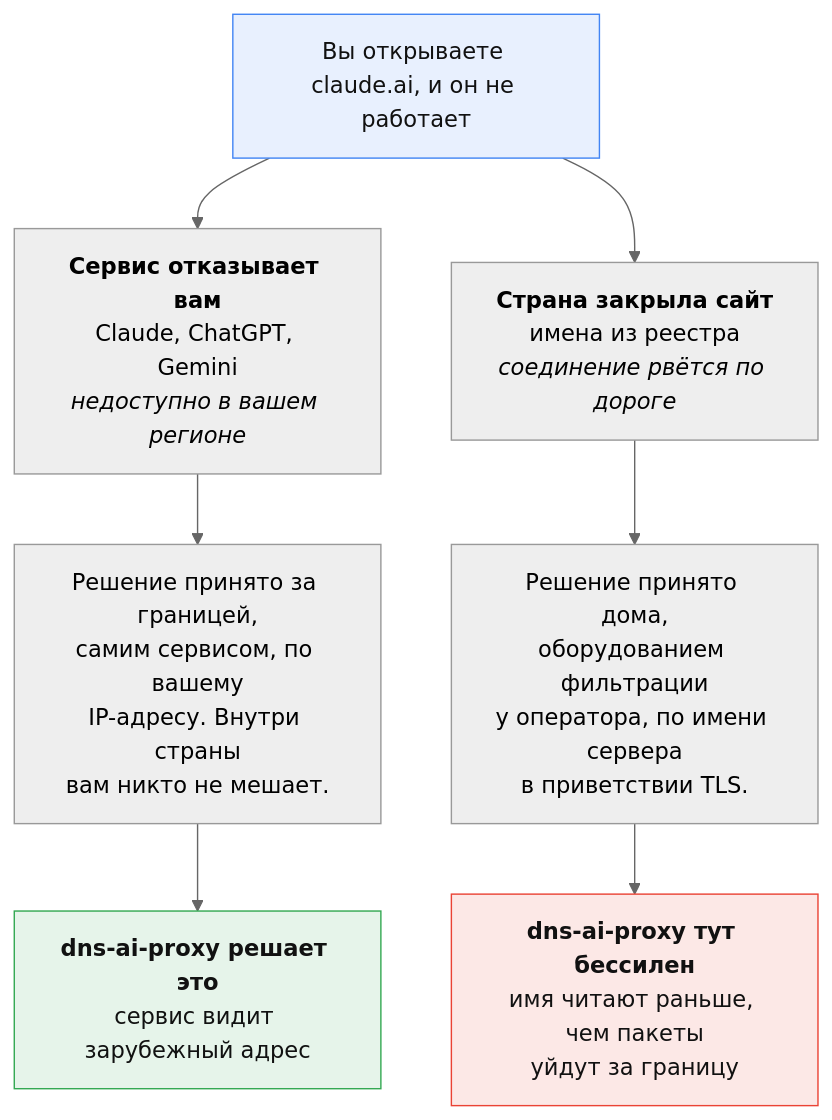
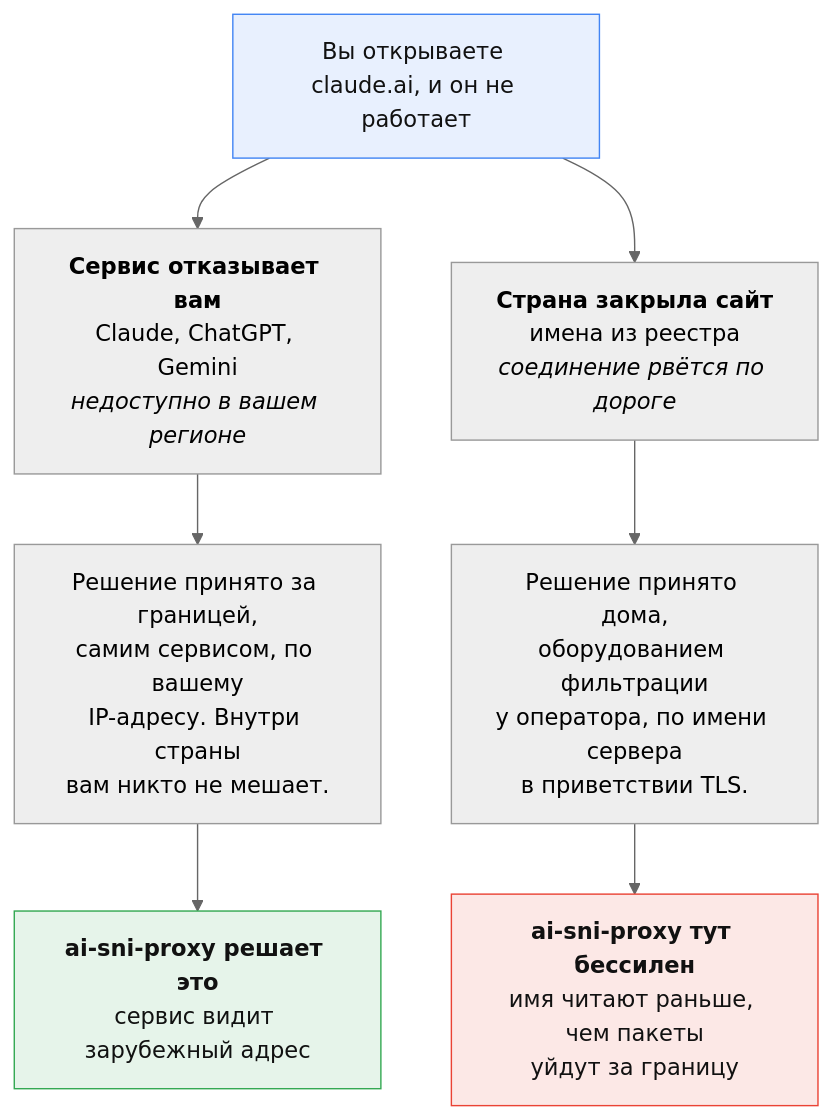
The first of 4 diagrams in README.md (SteepMans/ai-sni-proxy), drawn with Mermaid (neutral theme) before and after one commit. The commit also changed other lines of this file and 16 other files, not shown here.

Commit message:
Rename the project to ai-sni-proxy: it routes by SNI and runs no DNS server

````diff
--- a/README.md
+++ b/README.md
@@ -25,17 +30,17 @@
 ```mermaid
 flowchart TB
     Q["Вы открываете claude.ai, и он не работает"]
 
     Q --> A["<b>Сервис отказывает вам</b><br/>Claude, ChatGPT, Gemini<br/><i>недоступно в вашем регионе</i>"]
     Q --> B["<b>Страна закрыла сайт</b><br/>имена из реестра<br/><i>соединение рвётся по дороге</i>"]
 
     A --> A1["Решение принято за границей,<br/>самим сервисом, по вашему<br/>IP-адресу. Внутри страны<br/>вам никто не мешает."]
     B --> B1["Решение принято дома,<br/>оборудованием фильтрации<br/>у оператора, по имени сервера<br/>в приветствии TLS."]
 
-    A1 --> A2["<b>dns-ai-proxy решает это</b><br/>сервис видит зарубежный адрес"]
-    B1 --> B2["<b>dns-ai-proxy тут бессилен</b><br/>имя читают раньше, чем пакеты<br/>уйдут за границу"]
+    A1 --> A2["<b>ai-sni-proxy решает это</b><br/>сервис видит зарубежный адрес"]
+    B1 --> B2["<b>ai-sni-proxy тут бессилен</b><br/>имя читают раньше, чем пакеты<br/>уйдут за границу"]
 
     style Q fill:#e8f0fe,stroke:#4285f4,color:#111
     style A2 fill:#e6f4ea,stroke:#34a853,color:#111
     style B2 fill:#fce8e6,stroke:#ea4335,color:#111
 ```
````
